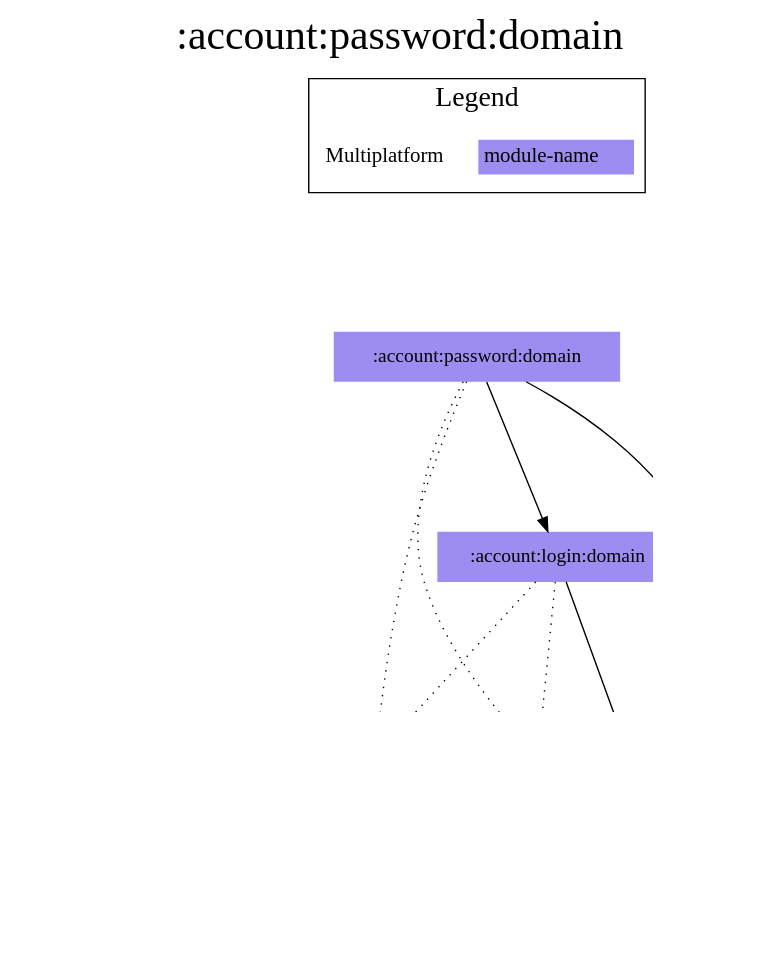
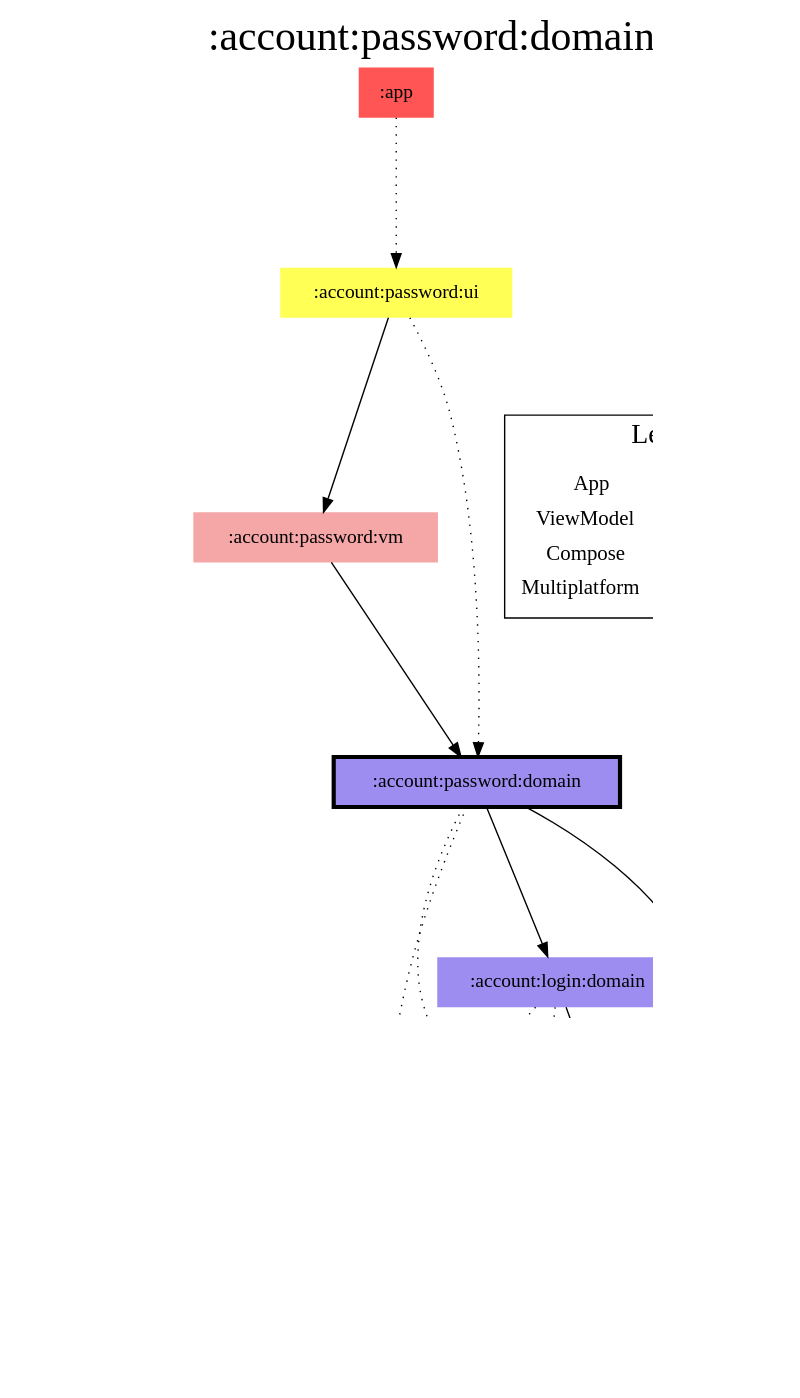
The diagram in modules/account/password/domain/modules.dot (jonapoul/aktual), drawn with Graphviz before and after one commit. The commit also changed 134 other files, not shown here.

Commit message:
Use gradle caching for module diagrams

```diff
--- a/modules/account/password/domain/modules.dot
+++ b/modules/account/password/domain/modules.dot
@@ -1,39 +1,50 @@
 digraph {
 edge ["dir"="forward"]
 graph ["dpi"="100","label"=":account:password:domain","labelloc"="t","fontsize"="30","ranksep"="1.5","rankdir"="TB"]
 node ["style"="filled"]
 ":account:login:domain" ["fillcolor"="#9D8DF1","shape"="none"]
 ":account:model" ["fillcolor"="#9D8DF1","shape"="none"]
-":account:password:domain" ["fillcolor"="#9D8DF1","shape"="none"]
+":account:password:domain" ["fillcolor"="#9D8DF1","color"="black","penwidth"="3","shape"="box"]
+":account:password:ui" ["fillcolor"="#FFFF55","shape"="none"]
+":account:password:vm" ["fillcolor"="#F5A6A6","shape"="none"]
 ":api:actual" ["fillcolor"="#9D8DF1","shape"="none"]
+":app" ["fillcolor"="#FF5555","shape"="none"]
 ":budget:model" ["fillcolor"="#9D8DF1","shape"="none"]
 ":codegen:annotation" ["fillcolor"="#9D8DF1","shape"="none"]
 ":core:model" ["fillcolor"="#9D8DF1","shape"="none"]
 ":prefs" ["fillcolor"="#9D8DF1","shape"="none"]
 {
 edge ["dir"="none"]
 graph ["rank"="same"]
+":account:password:domain"
 }
 ":account:login:domain" -> ":account:model"
 ":account:login:domain" -> ":api:actual" ["style"="dotted"]
 ":account:login:domain" -> ":prefs" ["style"="dotted"]
 ":account:password:domain" -> ":account:login:domain"
 ":account:password:domain" -> ":account:model"
 ":account:password:domain" -> ":api:actual" ["style"="dotted"]
 ":account:password:domain" -> ":prefs" ["style"="dotted"]
+":account:password:ui" -> ":account:password:domain" ["style"="dotted"]
+":account:password:ui" -> ":account:password:vm"
+":account:password:vm" -> ":account:password:domain"
 ":api:actual" -> ":account:model"
 ":api:actual" -> ":budget:model"
 ":api:actual" -> ":codegen:annotation" ["style"="dotted"]
 ":api:actual" -> ":core:model"
+":app" -> ":account:password:ui" ["style"="dotted"]
 ":prefs" -> ":account:model"
 ":prefs" -> ":core:model"
 subgraph "cluster_legend" {
 edge ["dir"="none"]
 graph ["label"="Legend","fontsize"="20"]
 "Legend" ["style"="filled","fillcolor"="#FFFFFF","shape"="none","margin"="0","fontsize"="15","label"=<
 <TABLE BORDER="0" CELLBORDER="0" CELLSPACING="0" CELLPADDING="4">
+<TR><TD>App</TD><TD BGCOLOR="#FF5555">module-name</TD></TR>
+<TR><TD>ViewModel</TD><TD BGCOLOR="#F5A6A6">module-name</TD></TR>
+<TR><TD>Compose</TD><TD BGCOLOR="#FFFF55">module-name</TD></TR>
 <TR><TD>Multiplatform</TD><TD BGCOLOR="#9D8DF1">module-name</TD></TR>
 </TABLE>
 >]
 } -> ":account:password:domain" ["style"="invis"]
 }
```
